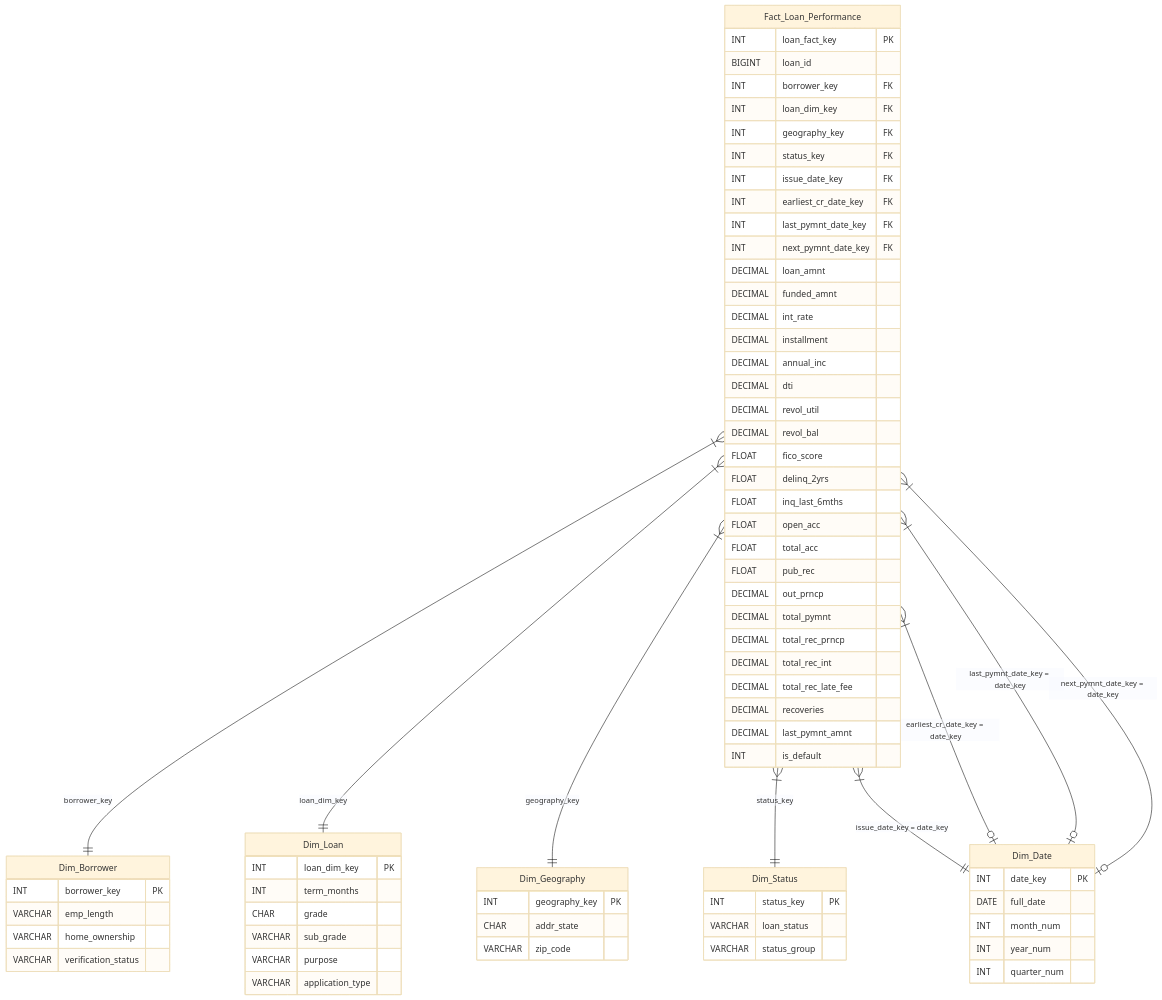
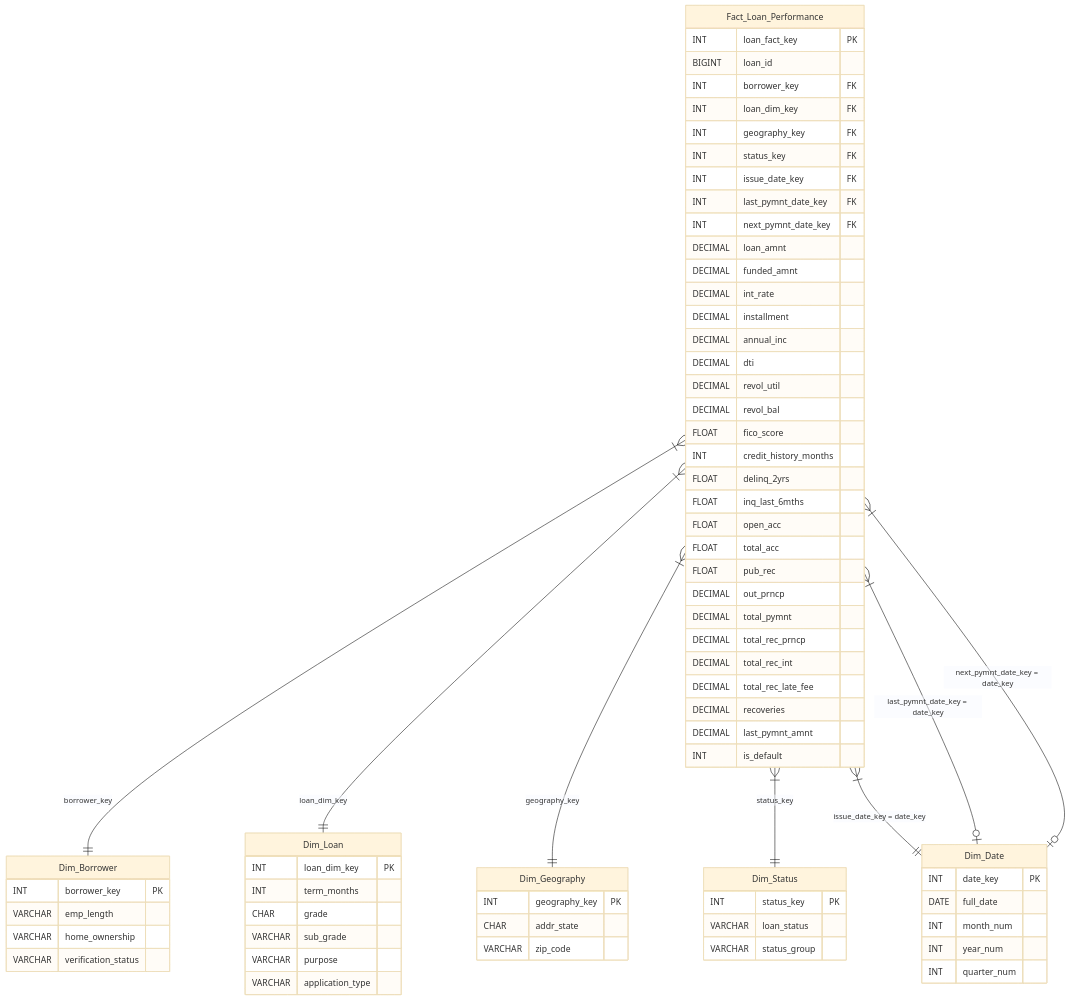
The diagram in docs/star_schema_design.md (Hugues-hash/Credit-Risk-Monitoring-Platform), drawn with Mermaid (base theme) before and after one commit. The commit also changed other lines of this file and 15 other files, not shown here.

````diff
--- a/docs/star_schema_design.md
+++ b/docs/star_schema_design.md
@@ -18,82 +15,81 @@
 ```mermaid
 erDiagram
     Fact_Loan_Performance }|--|| Dim_Borrower : "borrower_key"
     Fact_Loan_Performance }|--|| Dim_Loan : "loan_dim_key"
     Fact_Loan_Performance }|--|| Dim_Geography : "geography_key"
     Fact_Loan_Performance }|--|| Dim_Status : "status_key"
     Fact_Loan_Performance }|--|| Dim_Date : "issue_date_key = date_key"
-    Fact_Loan_Performance }|--o| Dim_Date : "earliest_cr_date_key = date_key"
     Fact_Loan_Performance }|--o| Dim_Date : "last_pymnt_date_key = date_key"
     Fact_Loan_Performance }|--o| Dim_Date : "next_pymnt_date_key = date_key"
 
     Dim_Borrower {
         INT borrower_key PK
         VARCHAR emp_length
         VARCHAR home_ownership
         VARCHAR verification_status
     }
 
     Dim_Loan {
         INT loan_dim_key PK
         INT term_months
         CHAR grade
         VARCHAR sub_grade
         VARCHAR purpose
         VARCHAR application_type
     }
 
     Dim_Geography {
         INT geography_key PK
         CHAR addr_state
         VARCHAR zip_code
     }
 
     Dim_Date {
         INT date_key PK
         DATE full_date
         INT month_num
         INT year_num
         INT quarter_num
     }
 
     Dim_Status {
         INT status_key PK
         VARCHAR loan_status
         VARCHAR status_group
     }
 
     Fact_Loan_Performance {
         INT loan_fact_key PK
-        BIGINT loan_id 
+        BIGINT loan_id
         INT borrower_key FK
         INT loan_dim_key FK
         INT geography_key FK
         INT status_key FK
         INT issue_date_key FK
-        INT earliest_cr_date_key FK
         INT last_pymnt_date_key FK
         INT next_pymnt_date_key FK
         DECIMAL loan_amnt
         DECIMAL funded_amnt
         DECIMAL int_rate
         DECIMAL installment
         DECIMAL annual_inc
         DECIMAL dti
         DECIMAL revol_util
         DECIMAL revol_bal
         FLOAT fico_score
+        INT credit_history_months
         FLOAT delinq_2yrs
         FLOAT inq_last_6mths
         FLOAT open_acc
         FLOAT total_acc
         FLOAT pub_rec
         DECIMAL out_prncp
         DECIMAL total_pymnt
         DECIMAL total_rec_prncp
         DECIMAL total_rec_int
         DECIMAL total_rec_late_fee
         DECIMAL recoveries
         DECIMAL last_pymnt_amnt
         INT is_default
     }
 ```
````
